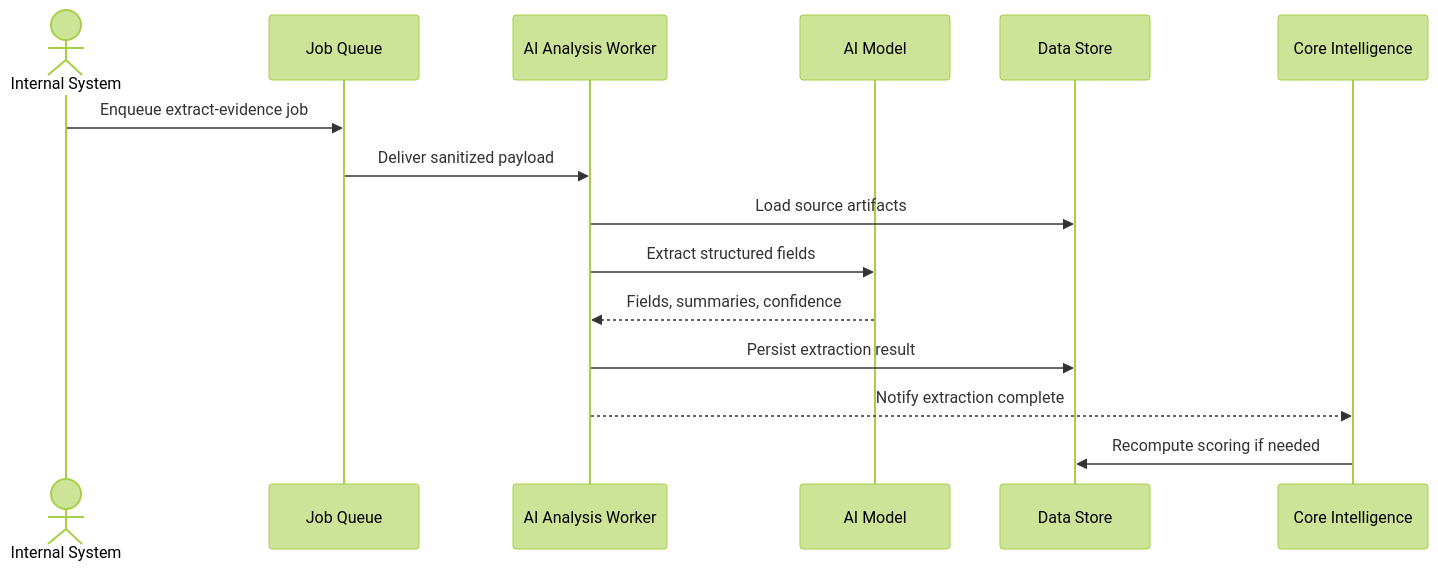
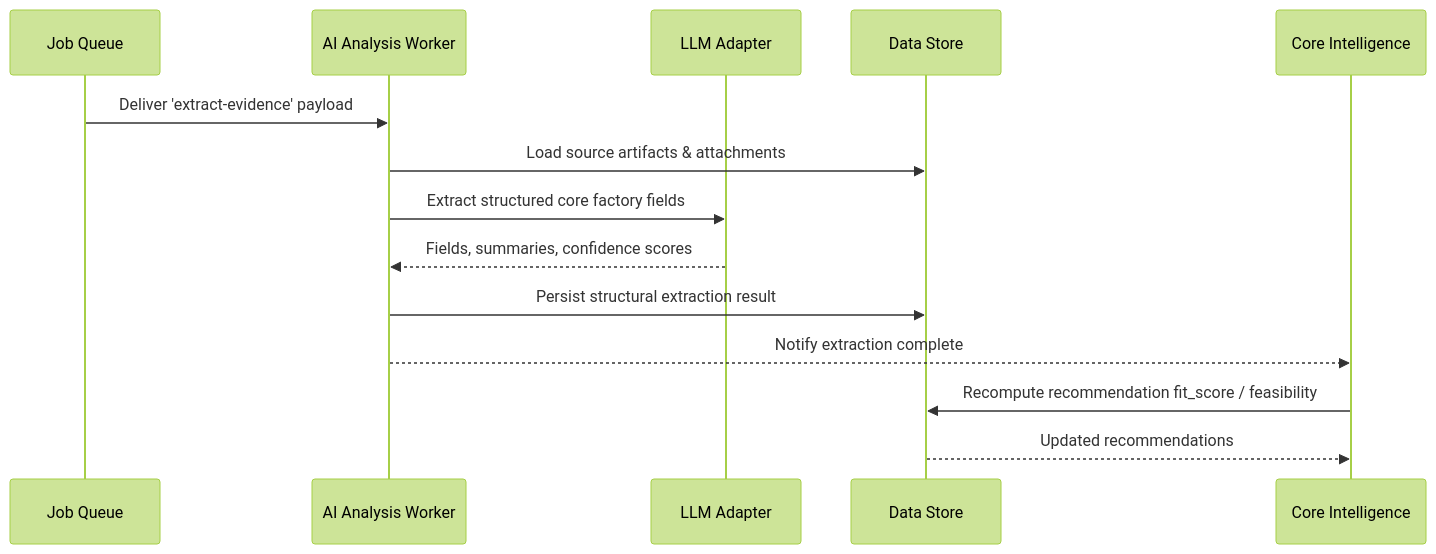
The second of 3 diagrams in docs/DFN_SEQUENCE_DIAGRAMS.md (npc-chris/dfn-discovery), drawn with Mermaid (forest theme) before and after one commit. The commit also changed other lines of this file and 9 other files, not shown here.

Commit message:
feat(docs): Enhance DFN documentation with revised architecture design to specify API integrations for logistics and market intelligence.

````diff
--- a/docs/DFN_SEQUENCE_DIAGRAMS.md
+++ b/docs/DFN_SEQUENCE_DIAGRAMS.md
@@ -37,18 +37,17 @@
 ```mermaid
 sequenceDiagram
-    actor Ops as Internal System
     participant Queue as Job Queue
     participant Worker as AI Analysis Worker
-    participant Model as AI Model
+    participant Model as LLM Adapter
     participant DB as Data Store
     participant Core as Core Intelligence
 
-    Ops->>Queue: Enqueue extract-evidence job
-    Queue->>Worker: Deliver sanitized payload
-    Worker->>DB: Load source artifacts
-    Worker->>Model: Extract structured fields
-    Model-->>Worker: Fields, summaries, confidence
-    Worker->>DB: Persist extraction result
+    Queue->>Worker: Deliver 'extract-evidence' payload
+    Worker->>DB: Load source artifacts & attachments
+    Worker->>Model: Extract structured core factory fields
+    Model-->>Worker: Fields, summaries, confidence scores
+    Worker->>DB: Persist structural extraction result
     Worker-->>Core: Notify extraction complete
-    Core->>DB: Recompute scoring if needed
+    Core->>DB: Recompute recommendation fit_score / feasibility
+    DB-->>Core: Updated recommendations
 ```
````
